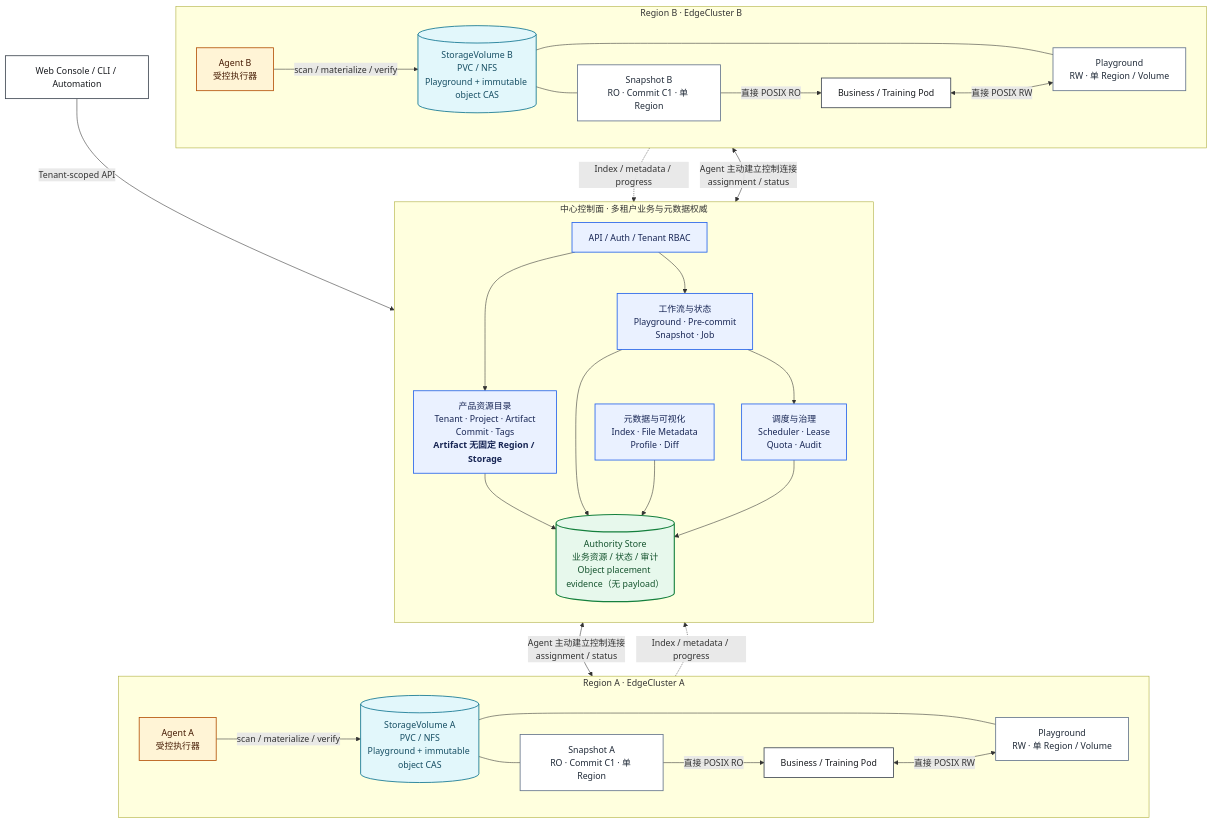
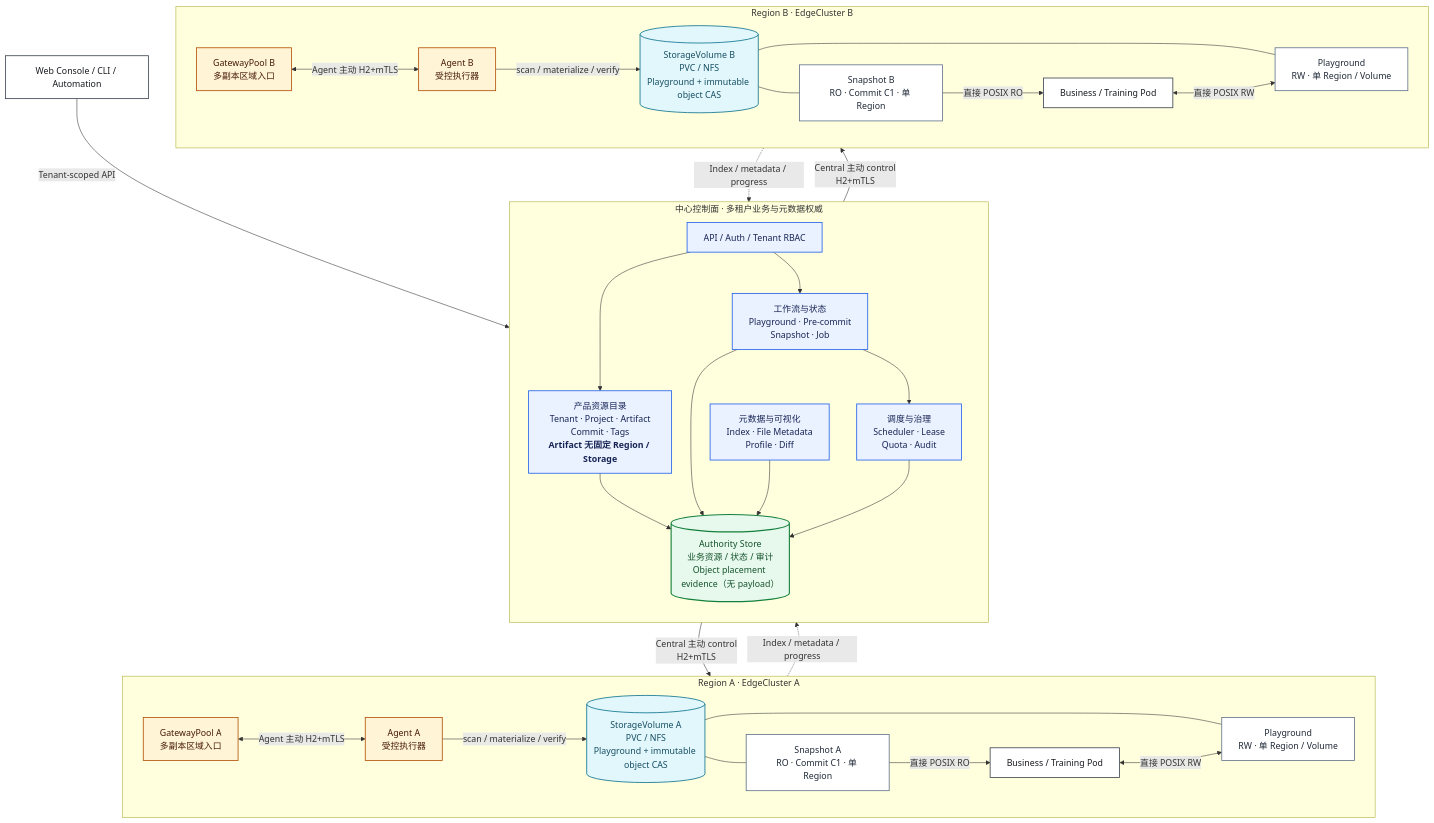
The diagram in docs/centralized-agent-product.md (kwsc98/neoengram), drawn with Mermaid before and after one commit. The commit also changed other lines of this file and 133 other files, not shown here.

First line of the commit message:
feat: add Synapse Gateway G1 control plane

````diff
--- a/docs/centralized-agent-product.md
+++ b/docs/centralized-agent-product.md
@@ -86,70 +93,74 @@
 ```mermaid
 flowchart TB
     ENTRY["Web Console / CLI / Automation"]
 
     subgraph CENTER["中心控制面 · 多租户业务与元数据权威"]
         direction TB
         API["API / Auth / Tenant RBAC"]
         CATALOG["产品资源目录<br/>Tenant · Project · Artifact<br/>Commit · Tags<br/><b>Artifact 无固定 Region / Storage</b>"]
         WORKFLOW["工作流与状态<br/>Playground · Pre-commit<br/>Snapshot · Job"]
         META["元数据与可视化<br/>Index · File Metadata<br/>Profile · Diff"]
         OPS["调度与治理<br/>Scheduler · Lease<br/>Quota · Audit"]
         DB[("Authority Store<br/>业务资源 / 状态 / 审计<br/>Object placement evidence（无 payload）")]
 
         API --> CATALOG
         API --> WORKFLOW
         CATALOG --> DB
         WORKFLOW --> DB
         META --> DB
         OPS --> DB
         WORKFLOW --> OPS
     end
 
     ENTRY -->|"Tenant-scoped API"| API
 
     subgraph REGION_A["Region A · EdgeCluster A"]
         direction LR
+        GW_A["GatewayPool A<br/>多副本区域入口"]
         AGENT_A["Agent A<br/>受控执行器"]
         VOLUME_A[("StorageVolume A<br/>PVC / NFS<br/>Playground + immutable object CAS")]
         PG_A["Playground<br/>RW · 单 Region / Volume"]
         SS_A["Snapshot A<br/>RO · Commit C1 · 单 Region"]
         POD_A["Business / Training Pod"]
+        GW_A <-->|"Agent 主动 H2+mTLS"| AGENT_A
         AGENT_A -->|"scan / materialize / verify"| VOLUME_A
         VOLUME_A --- PG_A
         VOLUME_A --- SS_A
         POD_A <-->|"直接 POSIX RW"| PG_A
         SS_A -->|"直接 POSIX RO"| POD_A
     end
 
     subgraph REGION_B["Region B · EdgeCluster B"]
         direction LR
+        GW_B["GatewayPool B<br/>多副本区域入口"]
         AGENT_B["Agent B<br/>受控执行器"]
         VOLUME_B[("StorageVolume B<br/>PVC / NFS<br/>Playground + immutable object CAS")]
         PG_B["Playground<br/>RW · 单 Region / Volume"]
         SS_B["Snapshot B<br/>RO · Commit C1 · 单 Region"]
         POD_B["Business / Training Pod"]
+        GW_B <-->|"Agent 主动 H2+mTLS"| AGENT_B
         AGENT_B -->|"scan / materialize / verify"| VOLUME_B
         VOLUME_B --- PG_B
         VOLUME_B --- SS_B
         POD_B <-->|"直接 POSIX RW"| PG_B
         SS_B -->|"直接 POSIX RO"| POD_B
     end
 
-    OPS <-->|"Agent 主动建立控制连接<br/>assignment / status"| AGENT_A
-    OPS <-->|"Agent 主动建立控制连接<br/>assignment / status"| AGENT_B
-    AGENT_A -.->|"Index / metadata / progress"| META
-    AGENT_B -.->|"Index / metadata / progress"| META
+    OPS -->|"Central 主动 control<br/>H2+mTLS"| GW_A
+    OPS -->|"Central 主动 control<br/>H2+mTLS"| GW_B
+    GW_A -.->|"Index / metadata / progress"| META
+    GW_B -.->|"Index / metadata / progress"| META
     classDef entry fill:#ffffff,stroke:#3f4752,color:#17191d,stroke-width:1.5px;
     classDef control fill:#eaf1ff,stroke:#2563eb,color:#172554,stroke-width:1.5px;
     classDef authority fill:#e7f8ec,stroke:#15803d,color:#14532d,stroke-width:2px;
     classDef agent fill:#fff4d6,stroke:#b45309,color:#451a03,stroke-width:1.5px;
     classDef storage fill:#e2f7fb,stroke:#0e7490,color:#164e63,stroke-width:1.5px;
     classDef view fill:#ffffff,stroke:#64748b,color:#1f2937,stroke-width:1.5px;
 
     class ENTRY,POD_A,POD_B entry;
     class API,CATALOG,WORKFLOW,META,OPS control;
     class DB authority;
-    class AGENT_A,AGENT_B agent;
+    class GW_A,GW_B,AGENT_A,AGENT_B agent;
     class VOLUME_A,VOLUME_B storage;
     class PG_A,PG_B,SS_A,SS_B view;
 ```
````
